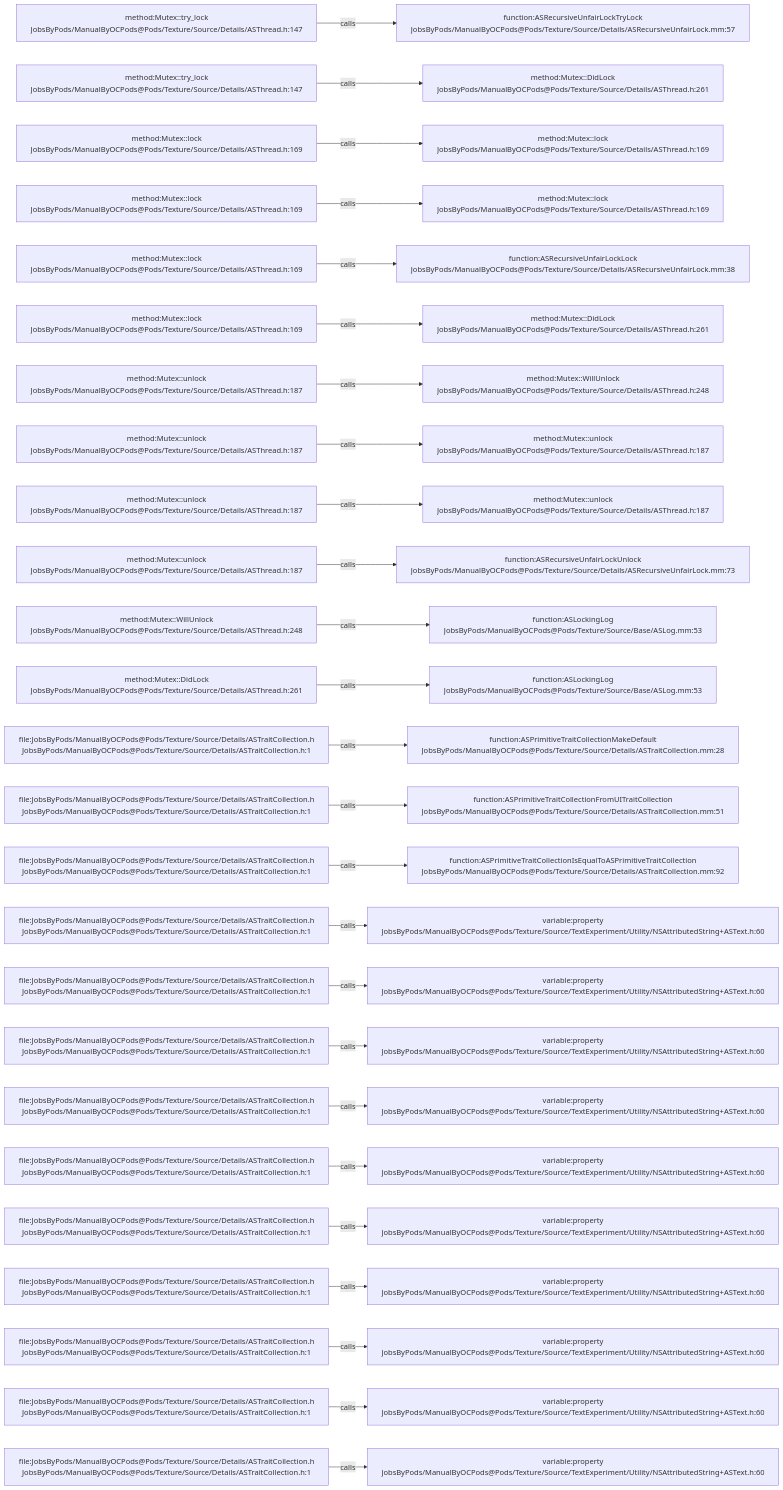
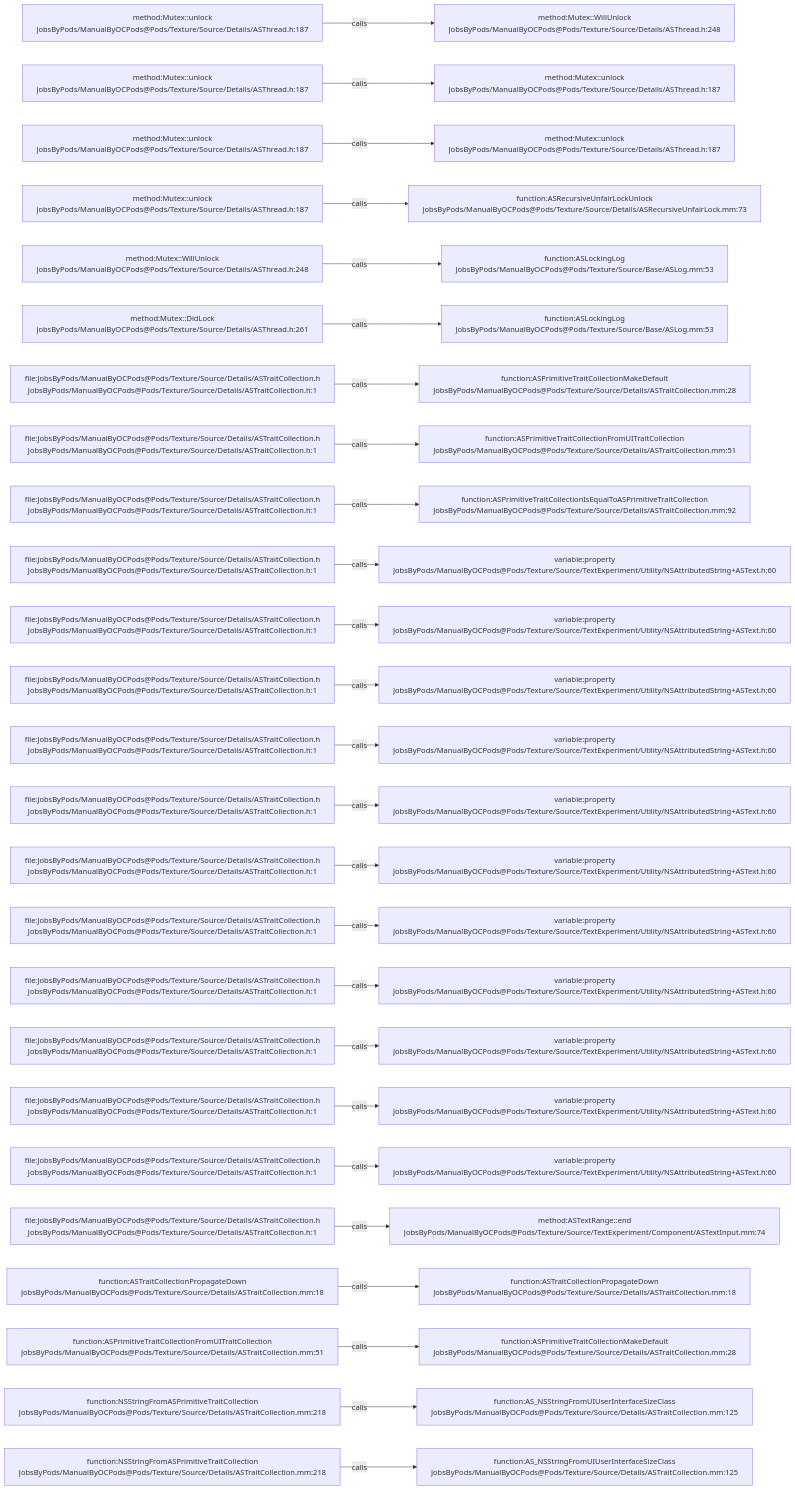
Before and after one commit to JobsKits/JobsOCBaseConfigDemo: the diagram in .codegraph/codegraph.md/graphs/calls-158.md, drawn with Mermaid. The commit also changed 666 other files, not shown here.

````diff
--- a/.codegraph/codegraph.md/graphs/calls-158.md
+++ b/.codegraph/codegraph.md/graphs/calls-158.md
@@ -13,78 +13,78 @@
 ```mermaid
 flowchart LR
-  S1["method:Mutex::try_lock<br/>JobsByPods/ManualByOCPods@Pods/Texture/Source/Details/ASThread.h:147"]
-  T1["function:ASRecursiveUnfairLockTryLock<br/>JobsByPods/ManualByOCPods@Pods/Texture/Source/Details/ASRecursiveUnfairLock.mm:57"]
+  S1["method:Mutex::unlock<br/>JobsByPods/ManualByOCPods@Pods/Texture/Source/Details/ASThread.h:187"]
+  T1["method:Mutex::WillUnlock<br/>JobsByPods/ManualByOCPods@Pods/Texture/Source/Details/ASThread.h:248"]
   S1 -->|calls| T1
-  S2["method:Mutex::try_lock<br/>JobsByPods/ManualByOCPods@Pods/Texture/Source/Details/ASThread.h:147"]
-  T2["method:Mutex::DidLock<br/>JobsByPods/ManualByOCPods@Pods/Texture/Source/Details/ASThread.h:261"]
+  S2["method:Mutex::unlock<br/>JobsByPods/ManualByOCPods@Pods/Texture/Source/Details/ASThread.h:187"]
+  T2["method:Mutex::unlock<br/>JobsByPods/ManualByOCPods@Pods/Texture/Source/Details/ASThread.h:187"]
   S2 -->|calls| T2
-  S3["method:Mutex::lock<br/>JobsByPods/ManualByOCPods@Pods/Texture/Source/Details/ASThread.h:169"]
-  T3["method:Mutex::lock<br/>JobsByPods/ManualByOCPods@Pods/Texture/Source/Details/ASThread.h:169"]
+  S3["method:Mutex::unlock<br/>JobsByPods/ManualByOCPods@Pods/Texture/Source/Details/ASThread.h:187"]
+  T3["method:Mutex::unlock<br/>JobsByPods/ManualByOCPods@Pods/Texture/Source/Details/ASThread.h:187"]
   S3 -->|calls| T3
-  S4["method:Mutex::lock<br/>JobsByPods/ManualByOCPods@Pods/Texture/Source/Details/ASThread.h:169"]
-  T4["method:Mutex::lock<br/>JobsByPods/ManualByOCPods@Pods/Texture/Source/Details/ASThread.h:169"]
+  S4["method:Mutex::unlock<br/>JobsByPods/ManualByOCPods@Pods/Texture/Source/Details/ASThread.h:187"]
+  T4["function:ASRecursiveUnfairLockUnlock<br/>JobsByPods/ManualByOCPods@Pods/Texture/Source/Details/ASRecursiveUnfairLock.mm:73"]
   S4 -->|calls| T4
-  S5["method:Mutex::lock<br/>JobsByPods/ManualByOCPods@Pods/Texture/Source/Details/ASThread.h:169"]
-  T5["function:ASRecursiveUnfairLockLock<br/>JobsByPods/ManualByOCPods@Pods/Texture/Source/Details/ASRecursiveUnfairLock.mm:38"]
+  S5["method:Mutex::WillUnlock<br/>JobsByPods/ManualByOCPods@Pods/Texture/Source/Details/ASThread.h:248"]
+  T5["function:ASLockingLog<br/>JobsByPods/ManualByOCPods@Pods/Texture/Source/Base/ASLog.mm:53"]
   S5 -->|calls| T5
-  S6["method:Mutex::lock<br/>JobsByPods/ManualByOCPods@Pods/Texture/Source/Details/ASThread.h:169"]
-  T6["method:Mutex::DidLock<br/>JobsByPods/ManualByOCPods@Pods/Texture/Source/Details/ASThread.h:261"]
+  S6["method:Mutex::DidLock<br/>JobsByPods/ManualByOCPods@Pods/Texture/Source/Details/ASThread.h:261"]
+  T6["function:ASLockingLog<br/>JobsByPods/ManualByOCPods@Pods/Texture/Source/Base/ASLog.mm:53"]
   S6 -->|calls| T6
-  S7["method:Mutex::unlock<br/>JobsByPods/ManualByOCPods@Pods/Texture/Source/Details/ASThread.h:187"]
-  T7["method:Mutex::WillUnlock<br/>JobsByPods/ManualByOCPods@Pods/Texture/Source/Details/ASThread.h:248"]
+  S7["file:JobsByPods/ManualByOCPods@Pods/Texture/Source/Details/ASTraitCollection.h<br/>JobsByPods/ManualByOCPods@Pods/Texture/Source/Details/ASTraitCollection.h:1"]
+  T7["function:ASPrimitiveTraitCollectionMakeDefault<br/>JobsByPods/ManualByOCPods@Pods/Texture/Source/Details/ASTraitCollection.mm:28"]
   S7 -->|calls| T7
-  S8["method:Mutex::unlock<br/>JobsByPods/ManualByOCPods@Pods/Texture/Source/Details/ASThread.h:187"]
-  T8["method:Mutex::unlock<br/>JobsByPods/ManualByOCPods@Pods/Texture/Source/Details/ASThread.h:187"]
+  S8["file:JobsByPods/ManualByOCPods@Pods/Texture/Source/Details/ASTraitCollection.h<br/>JobsByPods/ManualByOCPods@Pods/Texture/Source/Details/ASTraitCollection.h:1"]
+  T8["function:ASPrimitiveTraitCollectionFromUITraitCollection<br/>JobsByPods/ManualByOCPods@Pods/Texture/Source/Details/ASTraitCollection.mm:51"]
   S8 -->|calls| T8
-  S9["method:Mutex::unlock<br/>JobsByPods/ManualByOCPods@Pods/Texture/Source/Details/ASThread.h:187"]
-  T9["method:Mutex::unlock<br/>JobsByPods/ManualByOCPods@Pods/Texture/Source/Details/ASThread.h:187"]
+  S9["file:JobsByPods/ManualByOCPods@Pods/Texture/Source/Details/ASTraitCollection.h<br/>JobsByPods/ManualByOCPods@Pods/Texture/Source/Details/ASTraitCollection.h:1"]
+  T9["function:ASPrimitiveTraitCollectionIsEqualToASPrimitiveTraitCollection<br/>JobsByPods/ManualByOCPods@Pods/Texture/Source/Details/ASTraitCollection.mm:92"]
   S9 -->|calls| T9
-  S10["method:Mutex::unlock<br/>JobsByPods/ManualByOCPods@Pods/Texture/Source/Details/ASThread.h:187"]
-  T10["function:ASRecursiveUnfairLockUnlock<br/>JobsByPods/ManualByOCPods@Pods/Texture/Source/Details/ASRecursiveUnfairLock.mm:73"]
+  S10["file:JobsByPods/ManualByOCPods@Pods/Texture/Source/Details/ASTraitCollection.h<br/>JobsByPods/ManualByOCPods@Pods/Texture/Source/Details/ASTraitCollection.h:1"]
+  T10["variable:property<br/>JobsByPods/ManualByOCPods@Pods/Texture/Source/TextExperiment/Utility/NSAttributedString+ASText.h:60"]
   S10 -->|calls| T10
-  S11["method:Mutex::WillUnlock<br/>JobsByPods/ManualByOCPods@Pods/Texture/Source/Details/ASThread.h:248"]
-  T11["function:ASLockingLog<br/>JobsByPods/ManualByOCPods@Pods/Texture/Source/Base/ASLog.mm:53"]
+  S11["file:JobsByPods/ManualByOCPods@Pods/Texture/Source/Details/ASTraitCollection.h<br/>JobsByPods/ManualByOCPods@Pods/Texture/Source/Details/ASTraitCollection.h:1"]
+  T11["variable:property<br/>JobsByPods/ManualByOCPods@Pods/Texture/Source/TextExperiment/Utility/NSAttributedString+ASText.h:60"]
   S11 -->|calls| T11
-  S12["method:Mutex::DidLock<br/>JobsByPods/ManualByOCPods@Pods/Texture/Source/Details/ASThread.h:261"]
-  T12["function:ASLockingLog<br/>JobsByPods/ManualByOCPods@Pods/Texture/Source/Base/ASLog.mm:53"]
+  S12["file:JobsByPods/ManualByOCPods@Pods/Texture/Source/Details/ASTraitCollection.h<br/>JobsByPods/ManualByOCPods@Pods/Texture/Source/Details/ASTraitCollection.h:1"]
+  T12["variable:property<br/>JobsByPods/ManualByOCPods@Pods/Texture/Source/TextExperiment/Utility/NSAttributedString+ASText.h:60"]
   S12 -->|calls| T12
   S13["file:JobsByPods/ManualByOCPods@Pods/Texture/Source/Details/ASTraitCollection.h<br/>JobsByPods/ManualByOCPods@Pods/Texture/Source/Details/ASTraitCollection.h:1"]
-  T13["function:ASPrimitiveTraitCollectionMakeDefault<br/>JobsByPods/ManualByOCPods@Pods/Texture/Source/Details/ASTraitCollection.mm:28"]
+  T13["variable:property<br/>JobsByPods/ManualByOCPods@Pods/Texture/Source/TextExperiment/Utility/NSAttributedString+ASText.h:60"]
   S13 -->|calls| T13
   S14["file:JobsByPods/ManualByOCPods@Pods/Texture/Source/Details/ASTraitCollection.h<br/>JobsByPods/ManualByOCPods@Pods/Texture/Source/Details/ASTraitCollection.h:1"]
-  T14["function:ASPrimitiveTraitCollectionFromUITraitCollection<br/>JobsByPods/ManualByOCPods@Pods/Texture/Source/Details/ASTraitCollection.mm:51"]
+  T14["variable:property<br/>JobsByPods/ManualByOCPods@Pods/Texture/Source/TextExperiment/Utility/NSAttributedString+ASText.h:60"]
   S14 -->|calls| T14
   S15["file:JobsByPods/ManualByOCPods@Pods/Texture/Source/Details/ASTraitCollection.h<br/>JobsByPods/ManualByOCPods@Pods/Texture/Source/Details/ASTraitCollection.h:1"]
-  T15["function:ASPrimitiveTraitCollectionIsEqualToASPrimitiveTraitCollection<br/>JobsByPods/ManualByOCPods@Pods/Texture/Source/Details/ASTraitCollection.mm:92"]
+  T15["variable:property<br/>JobsByPods/ManualByOCPods@Pods/Texture/Source/TextExperiment/Utility/NSAttributedString+ASText.h:60"]
   S15 -->|calls| T15
   S16["file:JobsByPods/ManualByOCPods@Pods/Texture/Source/Details/ASTraitCollection.h<br/>JobsByPods/ManualByOCPods@Pods/Texture/Source/Details/ASTraitCollection.h:1"]
   T16["variable:property<br/>JobsByPods/ManualByOCPods@Pods/Texture/Source/TextExperiment/Utility/NSAttributedString+ASText.h:60"]
   S16 -->|calls| T16
   S17["file:JobsByPods/ManualByOCPods@Pods/Texture/Source/Details/ASTraitCollection.h<br/>JobsByPods/ManualByOCPods@Pods/Texture/Source/Details/ASTraitCollection.h:1"]
   T17["variable:property<br/>JobsByPods/ManualByOCPods@Pods/Texture/Source/TextExperiment/Utility/NSAttributedString+ASText.h:60"]
   S17 -->|calls| T17
   S18["file:JobsByPods/ManualByOCPods@Pods/Texture/Source/Details/ASTraitCollection.h<br/>JobsByPods/ManualByOCPods@Pods/Texture/Source/Details/ASTraitCollection.h:1"]
   T18["variable:property<br/>JobsByPods/ManualByOCPods@Pods/Texture/Source/TextExperiment/Utility/NSAttributedString+ASText.h:60"]
   S18 -->|calls| T18
   S19["file:JobsByPods/ManualByOCPods@Pods/Texture/Source/Details/ASTraitCollection.h<br/>JobsByPods/ManualByOCPods@Pods/Texture/Source/Details/ASTraitCollection.h:1"]
   T19["variable:property<br/>JobsByPods/ManualByOCPods@Pods/Texture/Source/TextExperiment/Utility/NSAttributedString+ASText.h:60"]
   S19 -->|calls| T19
   S20["file:JobsByPods/ManualByOCPods@Pods/Texture/Source/Details/ASTraitCollection.h<br/>JobsByPods/ManualByOCPods@Pods/Texture/Source/Details/ASTraitCollection.h:1"]
   T20["variable:property<br/>JobsByPods/ManualByOCPods@Pods/Texture/Source/TextExperiment/Utility/NSAttributedString+ASText.h:60"]
   S20 -->|calls| T20
   S21["file:JobsByPods/ManualByOCPods@Pods/Texture/Source/Details/ASTraitCollection.h<br/>JobsByPods/ManualByOCPods@Pods/Texture/Source/Details/ASTraitCollection.h:1"]
-  T21["variable:property<br/>JobsByPods/ManualByOCPods@Pods/Texture/Source/TextExperiment/Utility/NSAttributedString+ASText.h:60"]
+  T21["method:ASTextRange::end<br/>JobsByPods/ManualByOCPods@Pods/Texture/Source/TextExperiment/Component/ASTextInput.mm:74"]
   S21 -->|calls| T21
-  S22["file:JobsByPods/ManualByOCPods@Pods/Texture/Source/Details/ASTraitCollection.h<br/>JobsByPods/ManualByOCPods@Pods/Texture/Source/Details/ASTraitCollection.h:1"]
-  T22["variable:property<br/>JobsByPods/ManualByOCPods@Pods/Texture/Source/TextExperiment/Utility/NSAttributedString+ASText.h:60"]
+  S22["function:ASTraitCollectionPropagateDown<br/>JobsByPods/ManualByOCPods@Pods/Texture/Source/Details/ASTraitCollection.mm:18"]
+  T22["function:ASTraitCollectionPropagateDown<br/>JobsByPods/ManualByOCPods@Pods/Texture/Source/Details/ASTraitCollection.mm:18"]
   S22 -->|calls| T22
-  S23["file:JobsByPods/ManualByOCPods@Pods/Texture/Source/Details/ASTraitCollection.h<br/>JobsByPods/ManualByOCPods@Pods/Texture/Source/Details/ASTraitCollection.h:1"]
-  T23["variable:property<br/>JobsByPods/ManualByOCPods@Pods/Texture/Source/TextExperiment/Utility/NSAttributedString+ASText.h:60"]
+  S23["function:ASPrimitiveTraitCollectionFromUITraitCollection<br/>JobsByPods/ManualByOCPods@Pods/Texture/Source/Details/ASTraitCollection.mm:51"]
+  T23["function:ASPrimitiveTraitCollectionMakeDefault<br/>JobsByPods/ManualByOCPods@Pods/Texture/Source/Details/ASTraitCollection.mm:28"]
   S23 -->|calls| T23
-  S24["file:JobsByPods/ManualByOCPods@Pods/Texture/Source/Details/ASTraitCollection.h<br/>JobsByPods/ManualByOCPods@Pods/Texture/Source/Details/ASTraitCollection.h:1"]
-  T24["variable:property<br/>JobsByPods/ManualByOCPods@Pods/Texture/Source/TextExperiment/Utility/NSAttributedString+ASText.h:60"]
+  S24["function:NSStringFromASPrimitiveTraitCollection<br/>JobsByPods/ManualByOCPods@Pods/Texture/Source/Details/ASTraitCollection.mm:218"]
+  T24["function:AS_NSStringFromUIUserInterfaceSizeClass<br/>JobsByPods/ManualByOCPods@Pods/Texture/Source/Details/ASTraitCollection.mm:125"]
   S24 -->|calls| T24
-  S25["file:JobsByPods/ManualByOCPods@Pods/Texture/Source/Details/ASTraitCollection.h<br/>JobsByPods/ManualByOCPods@Pods/Texture/Source/Details/ASTraitCollection.h:1"]
-  T25["variable:property<br/>JobsByPods/ManualByOCPods@Pods/Texture/Source/TextExperiment/Utility/NSAttributedString+ASText.h:60"]
+  S25["function:NSStringFromASPrimitiveTraitCollection<br/>JobsByPods/ManualByOCPods@Pods/Texture/Source/Details/ASTraitCollection.mm:218"]
+  T25["function:AS_NSStringFromUIUserInterfaceSizeClass<br/>JobsByPods/ManualByOCPods@Pods/Texture/Source/Details/ASTraitCollection.mm:125"]
   S25 -->|calls| T25
 ```
````
